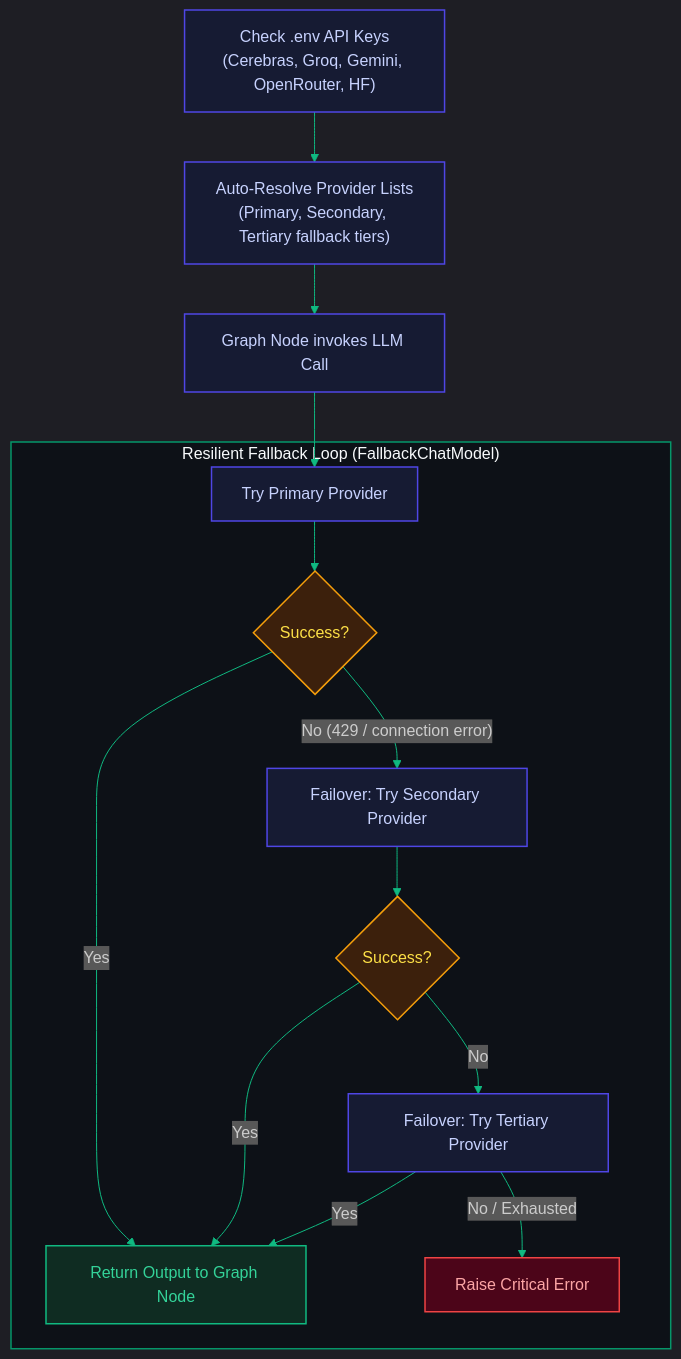
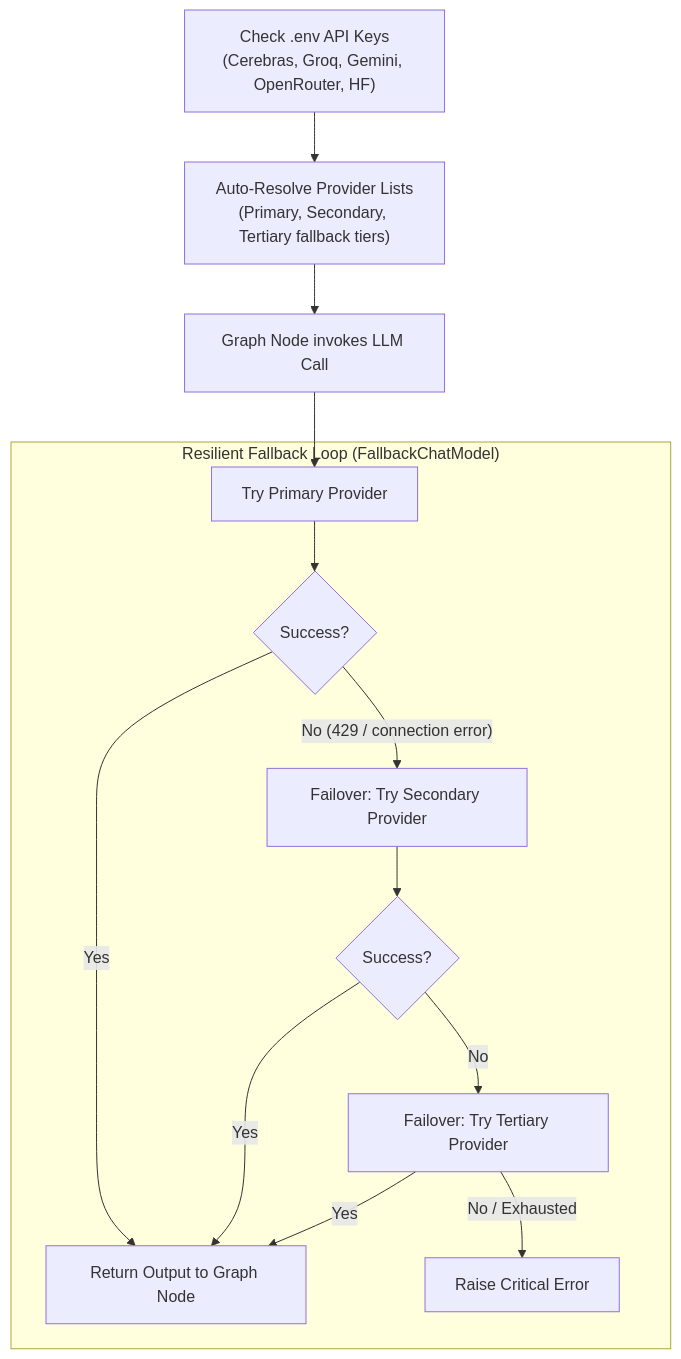
The fourth of 4 diagrams in README.md (Somay-kousis/RabbitHole), drawn with Mermaid before and after one commit. The commit also changed other lines of this file, not shown here.

Commit message:
README: plain Mermaid diagrams, stack badges

````diff
--- a/README.md
+++ b/README.md
@@ -280,54 +217,31 @@
 ```mermaid
-%%{init: {
-  'theme': 'dark',
-  'themeVariables': {
-    'background': '#0b0f19',
-    'primaryColor': '#1e293b',
-    'primaryTextColor': '#f8fafc',
-    'lineColor': '#10b981',
-    'nodeBorder': '#334155',
-    'tertiaryColor': '#0f172a'
-  }
-}}%%
 flowchart TD
     APIKeys["Check .env API Keys<br/>(Cerebras, Groq, Gemini, OpenRouter, HF)"]
     Resolve["Auto-Resolve Provider Lists<br/>(Primary, Secondary, Tertiary fallback tiers)"]
     Request["Graph Node invokes LLM Call"]
     
     subgraph FailoverLoop ["Resilient Fallback Loop (FallbackChatModel)"]
         TryPrimary["Try Primary Provider"]
         CheckSuccess{"Success?"}
         TrySecondary["Failover: Try Secondary Provider"]
         CheckSuccess2{"Success?"}
         TryTertiary["Failover: Try Tertiary Provider"]
         SuccessNode["Return Output to Graph Node"]
         FailNode["Raise Critical Error"]
     end
     
     APIKeys --> Resolve
     Resolve --> Request
     Request --> TryPrimary
     
     TryPrimary --> CheckSuccess
     CheckSuccess -->|Yes| SuccessNode
     CheckSuccess -->|"No (429 / connection error)"| TrySecondary
     
     TrySecondary --> CheckSuccess2
     CheckSuccess2 -->|Yes| SuccessNode
     CheckSuccess2 -->|No| TryTertiary
     
     TryTertiary -->|Yes| SuccessNode
     TryTertiary -->|No / Exhausted| FailNode
-
-    style FailoverLoop fill:#0d1117,stroke:#059669,stroke-width:1.5px,color:#f8fafc;
-
-    classDef step fill:#161b33,stroke:#4f46e5,stroke-width:1.5px,color:#c7d2fe;
-    classDef check fill:#3c200c,stroke:#f59e0b,stroke-width:1.5px,color:#fde047;
-    classDef error fill:#4c0519,stroke:#ef4444,stroke-width:1.5px,color:#fca5a5;
-    classDef success fill:#0f2c22,stroke:#10b981,stroke-width:1.5px,color:#34d399;
-
-    class APIKeys,Resolve,Request,TryPrimary,TrySecondary,TryTertiary step;
-    class CheckSuccess,CheckSuccess2 check;
-    class FailNode error;
-    class SuccessNode success;
 ```
````
